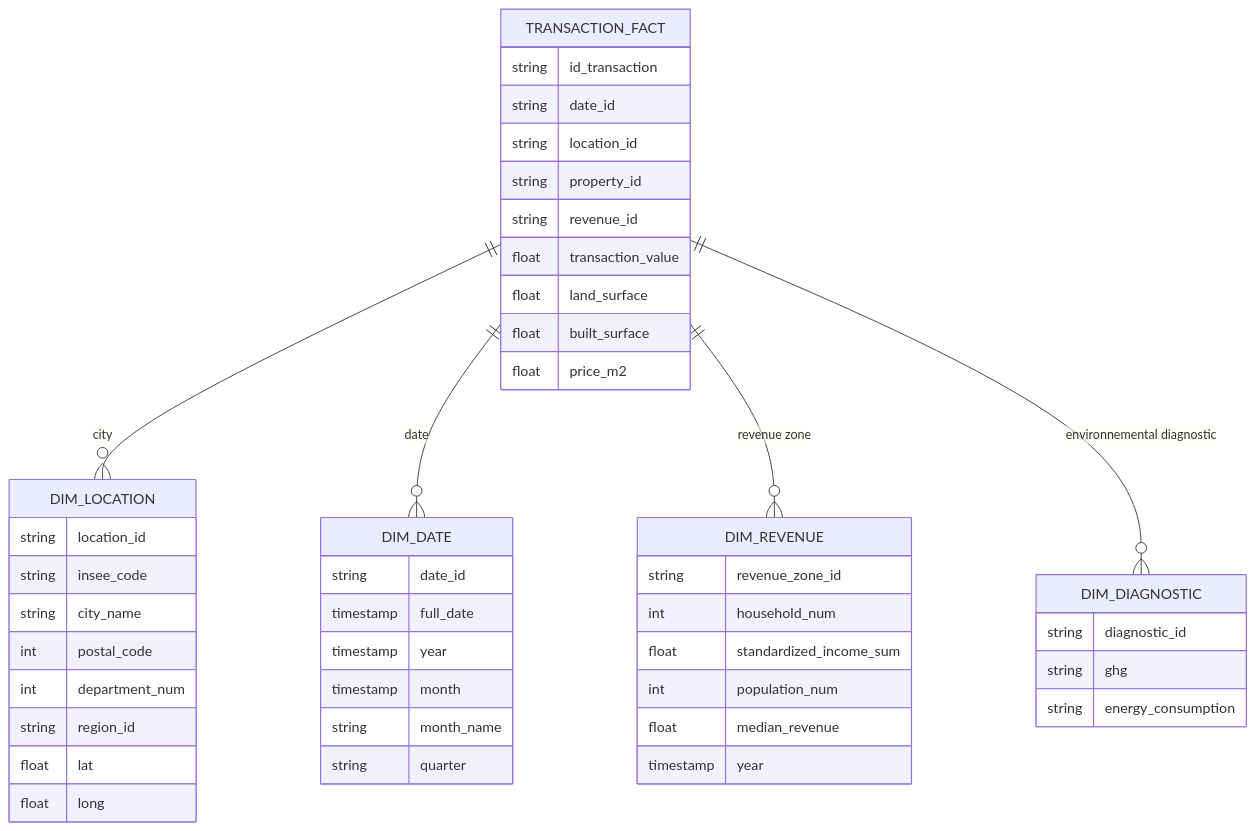
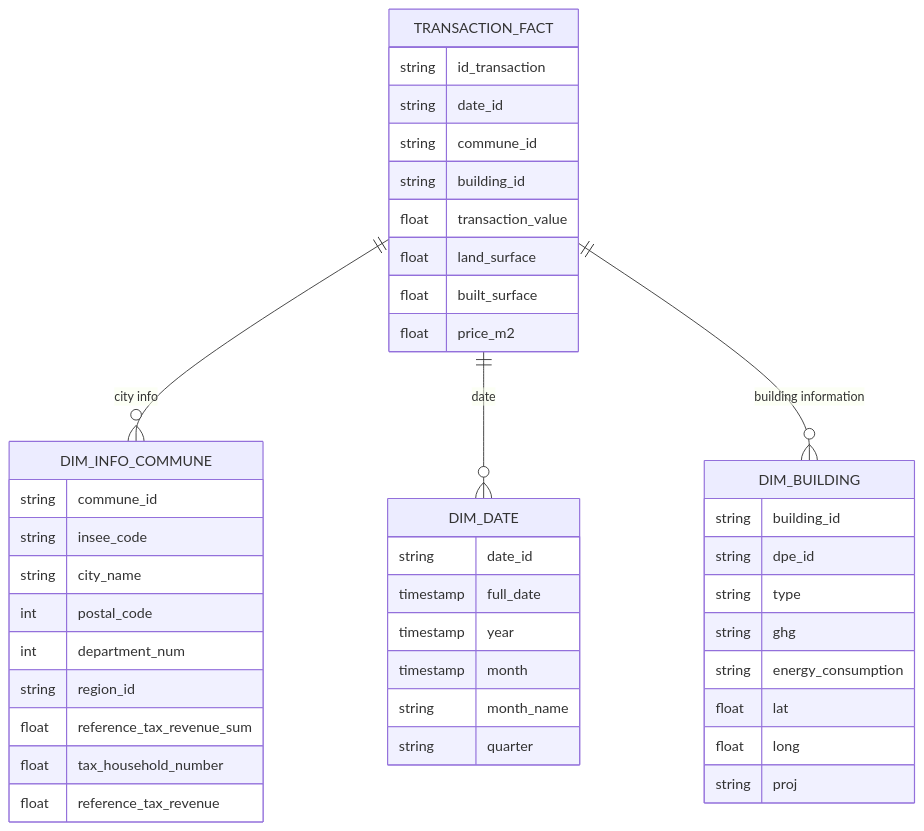
The diagram in README.md (LucSAMAIN/city_vibe), drawn with Mermaid before and after one commit. The commit also changed other lines of this file and 4 other files, not shown here.

````diff
--- a/README.md
+++ b/README.md
@@ -37,49 +37,45 @@
 ```mermaid
 erDiagram
-    TRANSACTION_FACT ||--o{ DIM_LOCATION : city
+    TRANSACTION_FACT ||--o{ DIM_INFO_COMMUNE : "city info"
     TRANSACTION_FACT ||--o{ DIM_DATE : date
-    TRANSACTION_FACT ||--o{ DIM_REVENUE : "revenue zone"
-    TRANSACTION_FACT ||--o{ DIM_DIAGNOSTIC : "environnemental diagnostic"
+    TRANSACTION_FACT ||--o{ DIM_BUILDING : "building information"
     TRANSACTION_FACT {
       string id_transaction
       string  date_id
-      string  location_id
-      string  property_id
-      string  revenue_id
+      string  commune_id
+      string  building_id
       float transaction_value
       float land_surface
       float built_surface
       float price_m2
     }
-    DIM_LOCATION {
-      string location_id
+    DIM_INFO_COMMUNE {
+      string commune_id
       string insee_code
       string city_name
       int postal_code
       int department_num
       string region_id
-      float lat
-      float long
+      float reference_tax_revenue_sum
+      float tax_household_number
+      float reference_tax_revenue
     }
     DIM_DATE {
       string date_id
       timestamp full_date
       timestamp year
       timestamp month
       string month_name
       string quarter
     }
-   DIM_REVENUE {
-      string revenue_zone_id
-      int household_num
-      float standardized_income_sum
-      int population_num
-      float median_revenue
-      timestamp year
-    }
-   DIM_DIAGNOSTIC {
-      string diagnostic_id
+   DIM_BUILDING {
+      string building_id
+      string dpe_id
+      string type
       string ghg
       string energy_consumption
+      float lat
+      float long
+      string proj
     }
 ```
````
